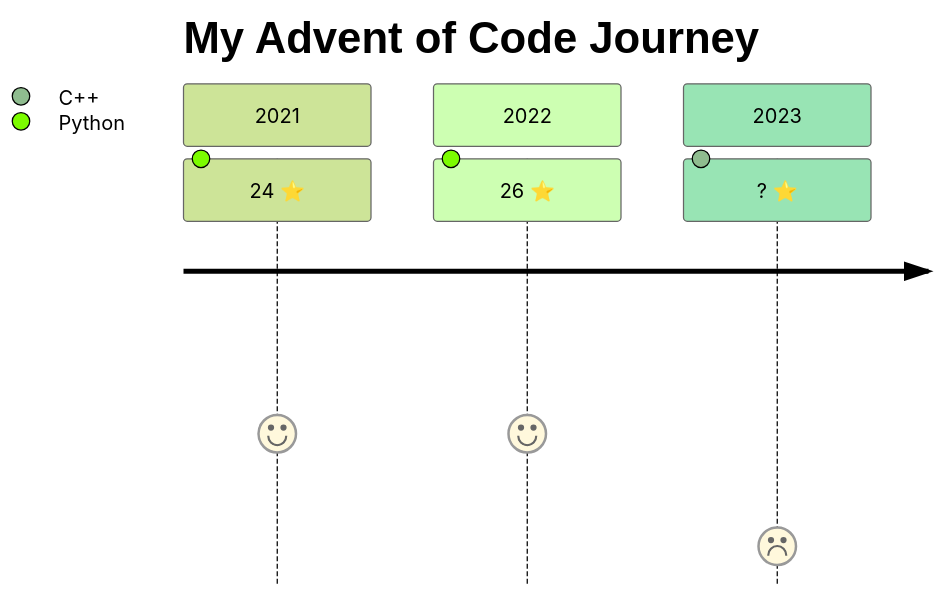
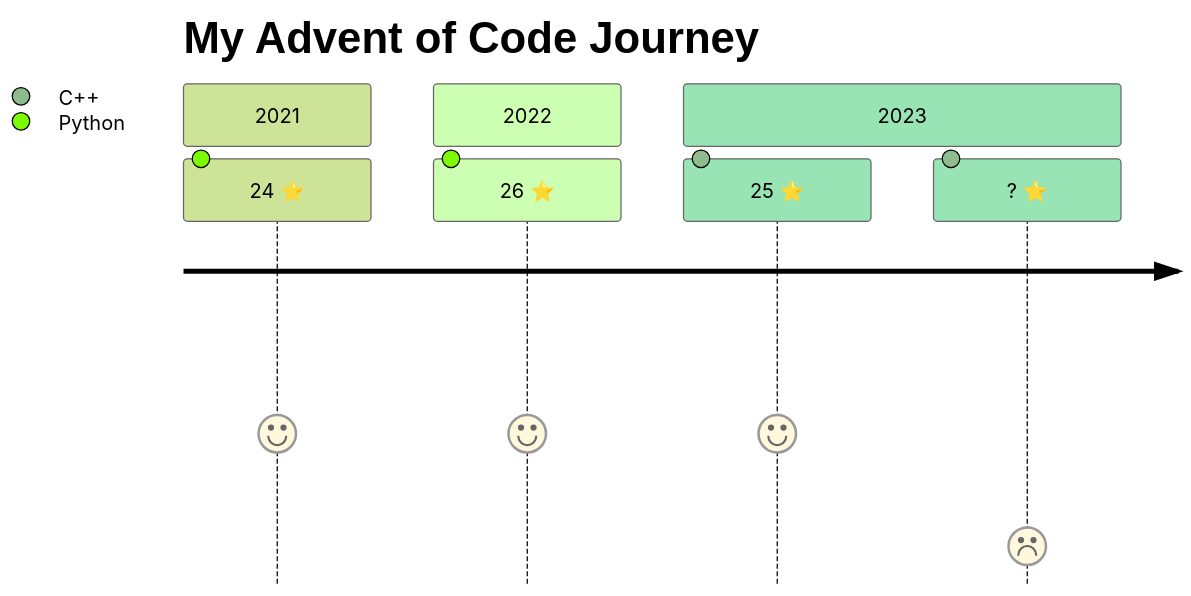
Before and after one commit to mlcsthor/advent-of-code: the diagram in README.md, drawn with Mermaid (forest theme).

Commit message:
📝 Update README with 2023 stats

````diff
--- a/README.md
+++ b/README.md
@@ -1,10 +1,12 @@
 ```mermaid
 journey
     title My Advent of Code Journey
     section 2021
       24 ⭐: 4: Python
     section 2022
       26 ⭐: 4: Python
     section 2023
+      25 ⭐: 4: C++
+    section 2023
       ? ⭐: 1: C++
 ```
````
